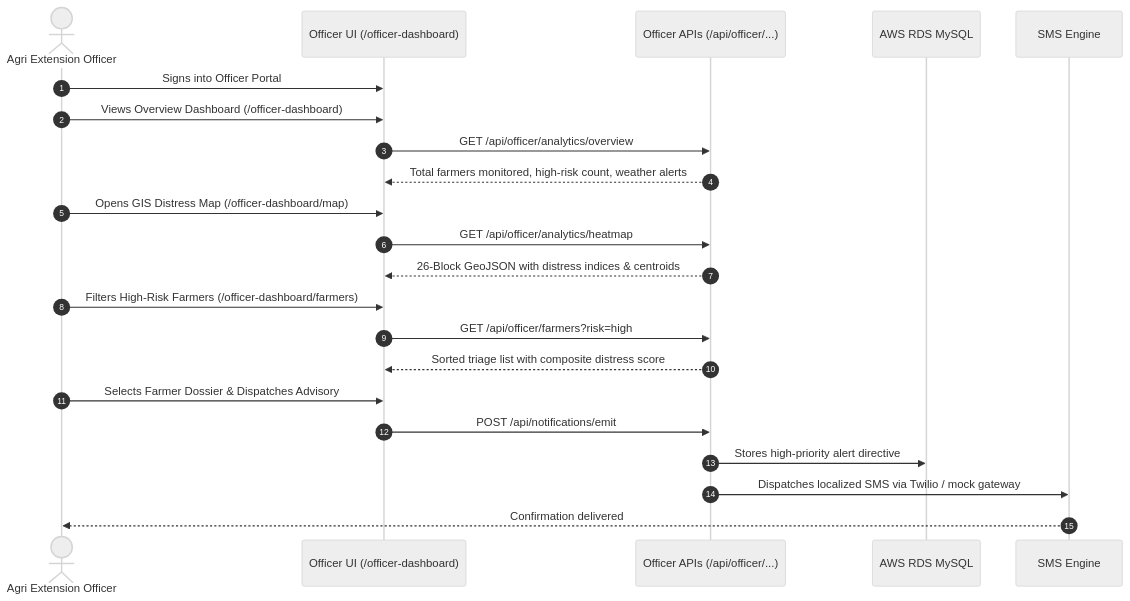
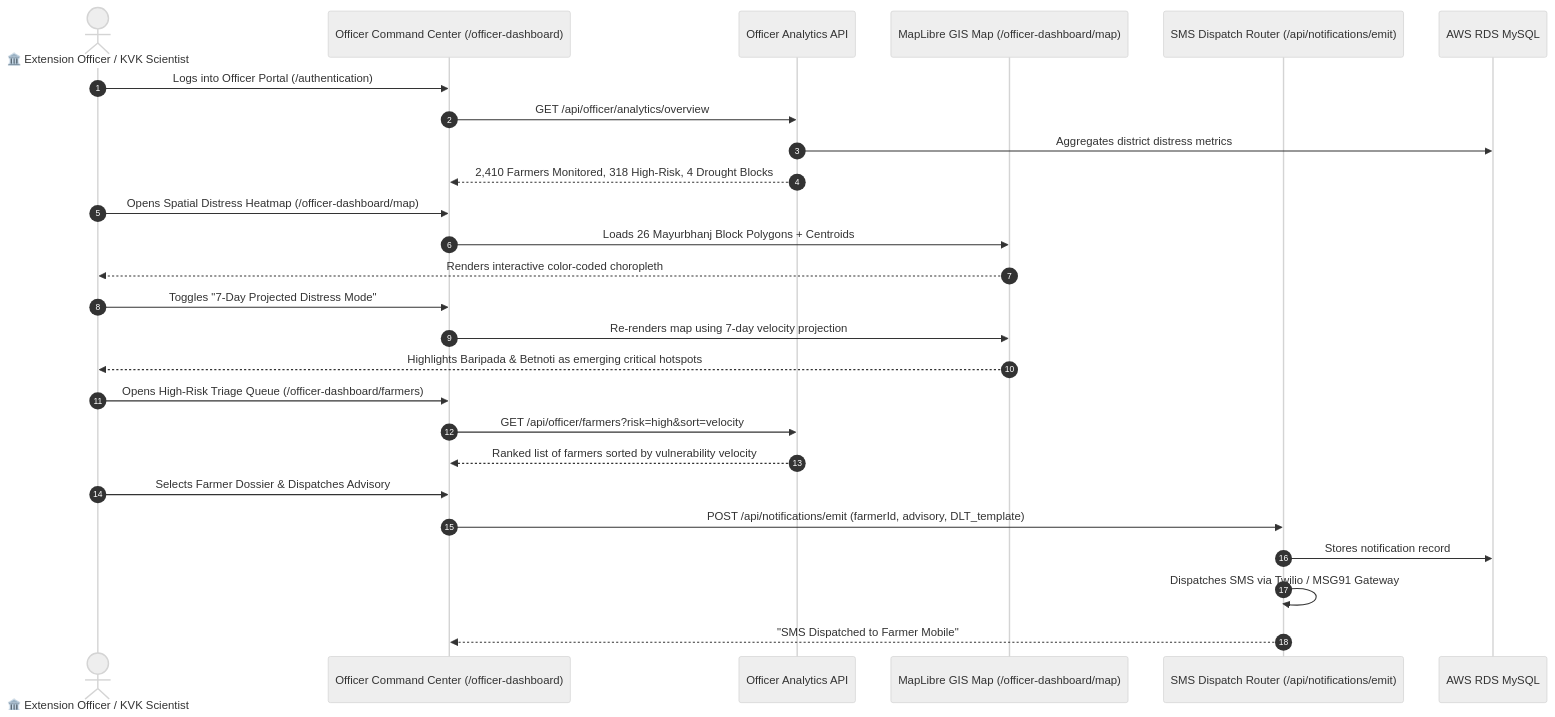
One commit to Suguda-Thakur-Marndi/SIH changed the third of 5 diagrams in WORKFLOW.md. Above: the diagram before and after it, drawn with Mermaid (neutral theme). The commit also changed other lines of this file and 65 other files, not shown here.

Commit message:
feat: implement comprehensive multilingual architecture and expand dashboard features with new API routes, UI components, and automated translation tooling.

````diff
--- a/WORKFLOW.md
+++ b/WORKFLOW.md
@@ -149,28 +151,33 @@
 ```mermaid
 sequenceDiagram
     autonumber
-    actor Officer as Agri Extension Officer
-    participant UI as Officer UI (/officer-dashboard)
-    participant API as Officer APIs (/api/officer/...)
+    actor Officer as 🏛️ Extension Officer / KVK Scientist
+    participant UI as Officer Command Center (/officer-dashboard)
+    participant API as Officer Analytics API
+    participant Map as MapLibre GIS Map (/officer-dashboard/map)
+    participant SMS as SMS Dispatch Router (/api/notifications/emit)
     participant DB as AWS RDS MySQL
-    participant SMS as SMS Engine
 
-    Officer->>UI: Signs into Officer Portal
-    Officer->>UI: Views Overview Dashboard (/officer-dashboard)
+    Officer->>UI: Logs into Officer Portal (/authentication)
     UI->>API: GET /api/officer/analytics/overview
-    API-->>UI: Total farmers monitored, high-risk count, weather alerts
+    API->>DB: Aggregates district distress metrics
+    API-->>UI: 2,410 Farmers Monitored, 318 High-Risk, 4 Drought Blocks
 
-    Officer->>UI: Opens GIS Distress Map (/officer-dashboard/map)
-    UI->>API: GET /api/officer/analytics/heatmap
-    API-->>UI: 26-Block GeoJSON with distress indices & centroids
+    Officer->>UI: Opens Spatial Distress Heatmap (/officer-dashboard/map)
+    UI->>Map: Loads 26 Mayurbhanj Block Polygons + Centroids
+    Map-->>Officer: Renders interactive color-coded choropleth
 
-    Officer->>UI: Filters High-Risk Farmers (/officer-dashboard/farmers)
-    UI->>API: GET /api/officer/farmers?risk=high
-    API-->>UI: Sorted triage list with composite distress score
+    Officer->>UI: Toggles "7-Day Projected Distress Mode"
+    UI->>Map: Re-renders map using 7-day velocity projection
+    Map-->>Officer: Highlights Baripada & Betnoti as emerging critical hotspots
+
+    Officer->>UI: Opens High-Risk Triage Queue (/officer-dashboard/farmers)
+    UI->>API: GET /api/officer/farmers?risk=high&sort=velocity
+    API-->>UI: Ranked list of farmers sorted by vulnerability velocity
 
     Officer->>UI: Selects Farmer Dossier & Dispatches Advisory
-    UI->>API: POST /api/notifications/emit
-    API->>DB: Stores high-priority alert directive
-    API->>SMS: Dispatches localized SMS via Twilio / mock gateway
-    SMS-->>Officer: Confirmation delivered
+    UI->>SMS: POST /api/notifications/emit (farmerId, advisory, DLT_template)
+    SMS->>DB: Stores notification record
+    SMS->>SMS: Dispatches SMS via Twilio / MSG91 Gateway
+    SMS-->>UI: "SMS Dispatched to Farmer Mobile"
 ```
````
